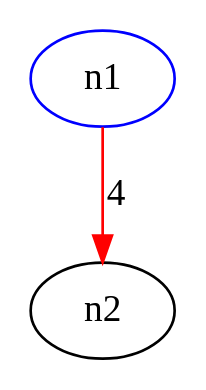
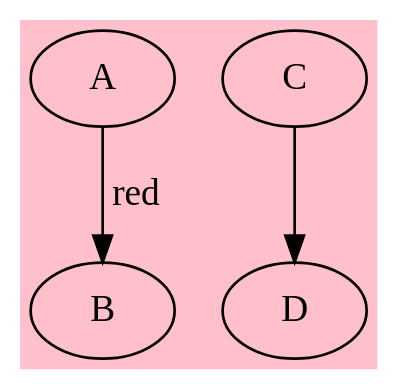
One commit to itsJohnny21/CSE-464-2024-jsalaz59 changed the diagram in src/main/resources/idkbruvvv2.png.dot. Above: the diagram before and after it, drawn with Graphviz. The commit also changed 3 other files, not shown here.

```diff
--- a/src/main/resources/idkbruvvv2.png.dot
+++ b/src/main/resources/idkbruvvv2.png.dot
@@ -1,16 +1,23 @@
-digraph g6061 {
-	graph [bb="0,0,54,124.5"];
+digraph {
+	graph [bb="0,0,126,124.5",
+		bgcolor=pink,
+		font=roboto
+	];
 	node [label="\N"];
-	n1	[color=blue,
-		height=0.5,
-		label=n1,
+	A	[height=0.5,
 		pos="27,106.5",
 		width=0.75];
-	n2	[height=0.5,
+	B	[height=0.5,
 		pos="27,18",
 		width=0.75];
-	n1 -> n2	[color=red,
-		label=4,
-		lp="30.375,62.25",
+	A -> B	[label=red,
+		lp="35.625,62.25",
 		pos="e,27,36.35 27,88.41 27,76.758 27,61.047 27,47.519"];
+	C	[height=0.5,
+		pos="99,106.5",
+		width=0.75];
+	D	[height=0.5,
+		pos="99,18",
+		width=0.75];
+	C -> D	[pos="e,99,36.35 99,88.41 99,76.758 99,61.047 99,47.519"];
 }
```
